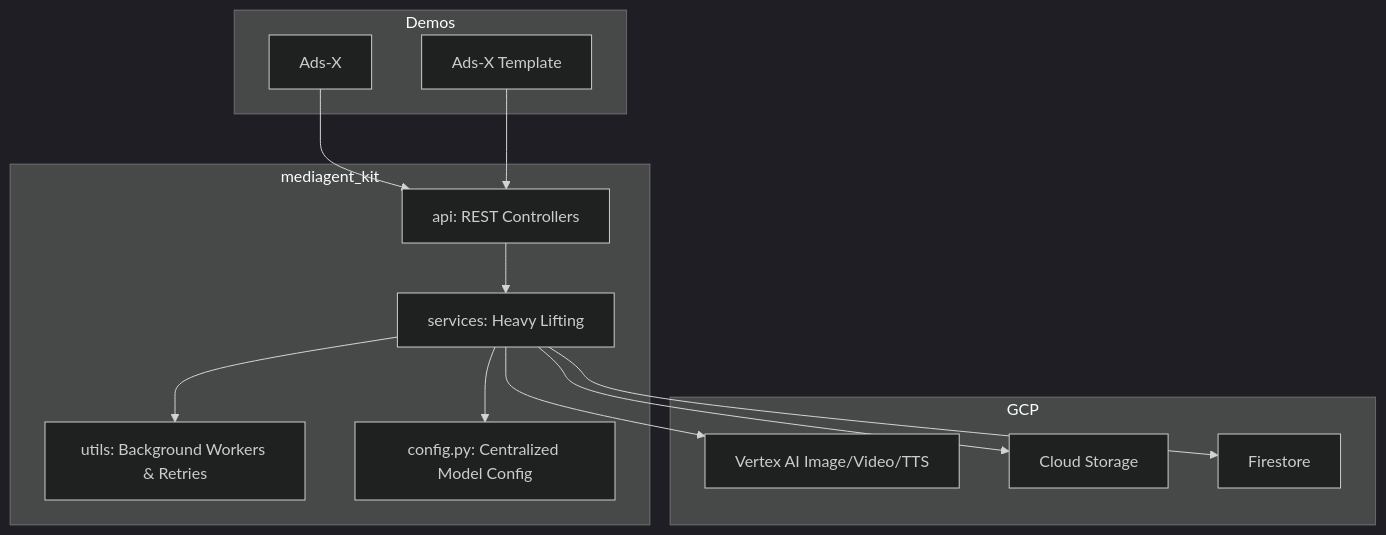
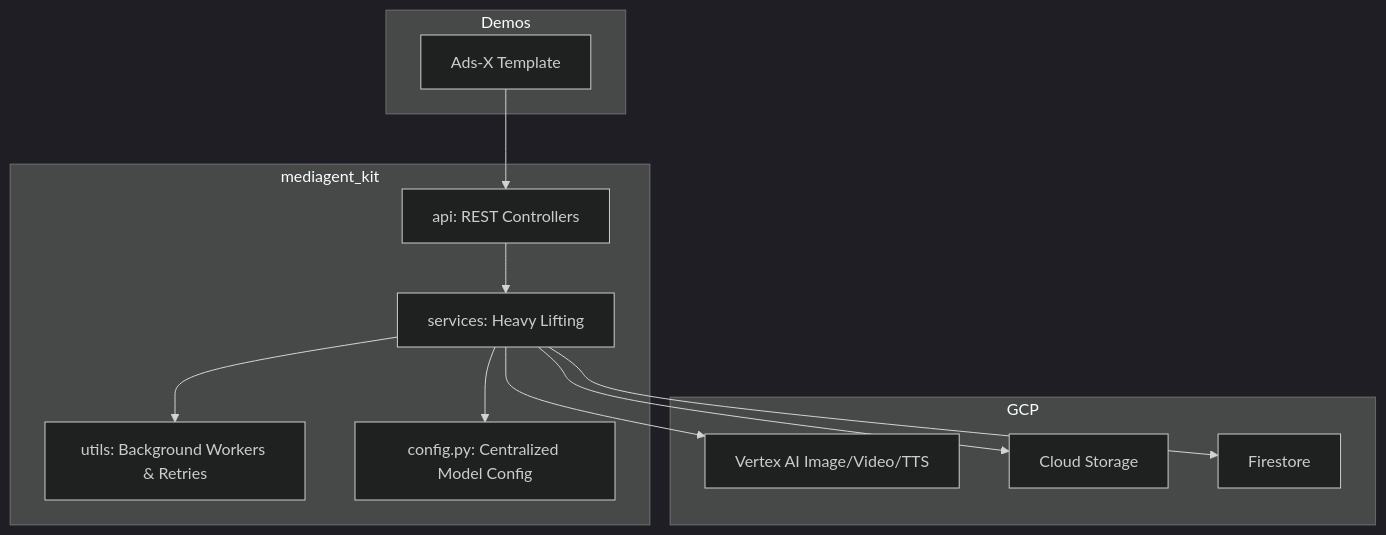
The diagram in mediagent_kit/README.md (GoogleCloudPlatform/genmedia-izumi-agent), drawn with Mermaid (dark theme) before and after one commit. The commit also changed other lines of this file and 19 other files, not shown here.

````diff
--- a/mediagent_kit/README.md
+++ b/mediagent_kit/README.md
@@ -21,27 +21,25 @@
 ```mermaid
 graph TD
     subgraph Demos
-        D1[Ads-X]
         D2[Ads-X Template]
     end
     subgraph mediagent_kit
         API[api: REST Controllers]
         SVC[services: Heavy Lifting]
         UTIL[utils: Background Workers & Retries]
         CONFIG[config.py: Centralized Model Config]
     end
     subgraph GCP
         VAI[Vertex AI Image/Video/TTS]
         GCS[Cloud Storage]
         FS[Firestore]
     end
 
-    D1 --> API
     D2 --> API
     API --> SVC
     SVC --> VAI
     SVC --> GCS
     SVC --> FS
     SVC --> UTIL
     SVC --> CONFIG
 ```
````
